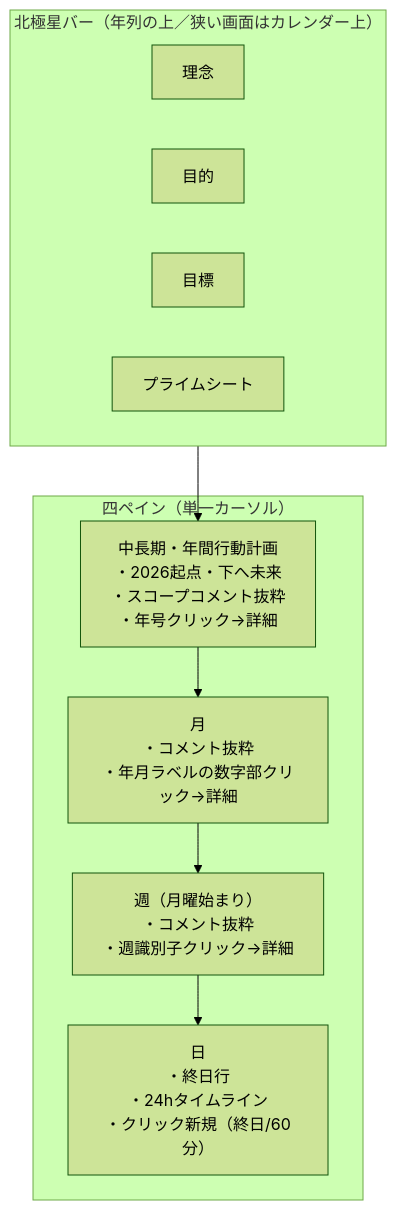
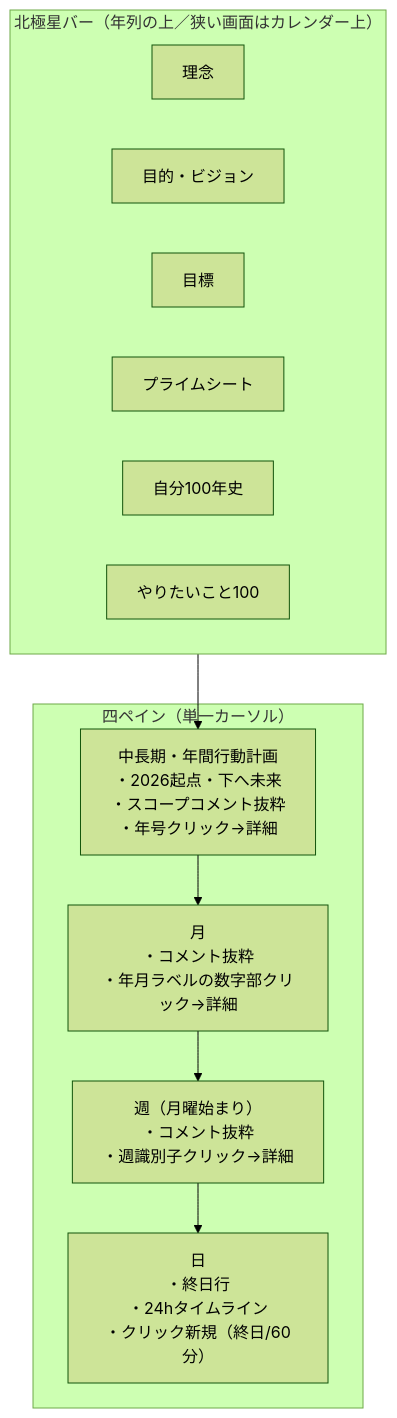
Before and after one commit to komeda-akira/life-schedule: the first of 4 diagrams in docs/overview-diagram.md, drawn with Mermaid (forest theme). The commit also changed other lines of this file and 17 other files, not shown here.

First line of the commit message:
目標構造化シートと改善設計図解を追加し、北極星バーの表示を拡充する。

````diff
--- a/docs/overview-diagram.md
+++ b/docs/overview-diagram.md
@@ -9,19 +21,21 @@
 ```mermaid
 flowchart TB
   subgraph bar["北極星バー（年列の上／狭い画面はカレンダー上）"]
     B1["理念"]
-    B2["目的"]
+    B2["目的・ビジョン"]
     B3["目標"]
     B4["プライムシート"]
+    B5["自分100年史"]
+    B6["やりたいこと100"]
   end
 
   subgraph panes["四ペイン（単一カーソル）"]
     P1["中長期・年間行動計画\n・2026起点・下へ未来\n・スコープコメント抜粋\n・年号クリック→詳細"]
     P2["月\n・コメント抜粋\n・年月ラベルの数字部クリック→詳細"]
     P3["週（月曜始まり）\n・コメント抜粋\n・週識別子クリック→詳細"]
     P4["日\n・終日行\n・24hタイムライン\n・クリック新規（終日/60分）"]
   end
 
   bar --> P1
   P1 --> P2 --> P3 --> P4
 ```
````
